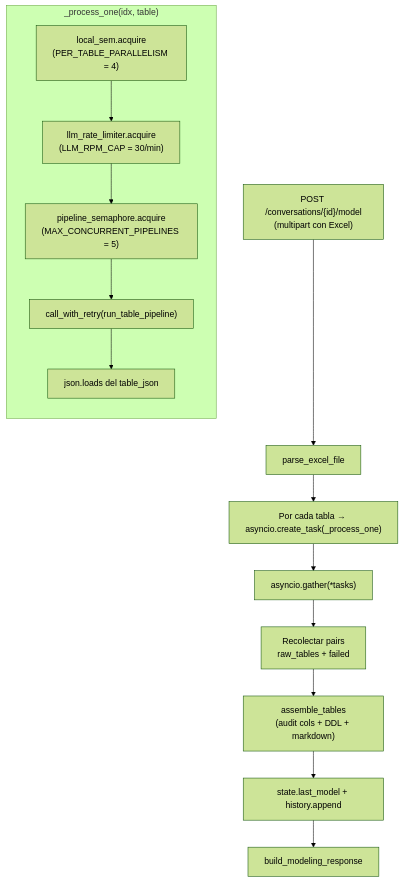
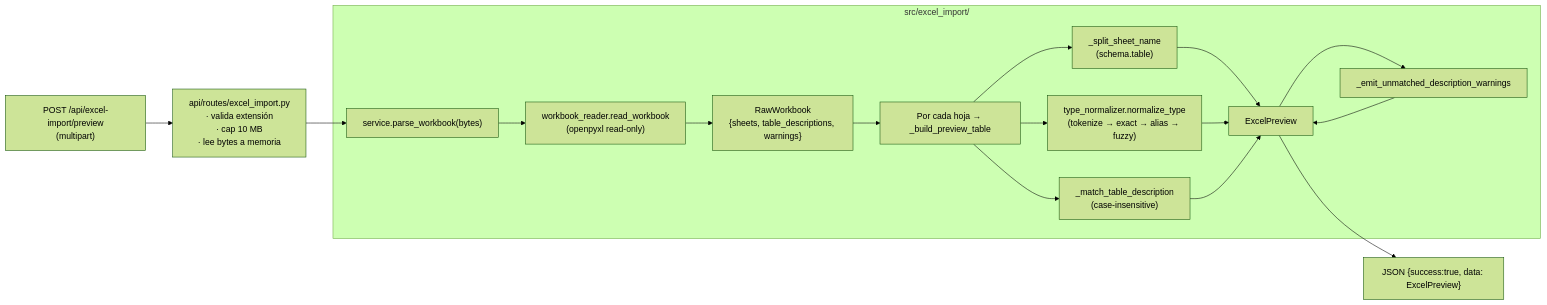
Before and after one commit to Carlosmps97/backend-data-model-hub: the first of 3 diagrams in doc/workflow.md, drawn with Mermaid (forest theme). The commit also changed other lines of this file and 15 other files, not shown here.

````diff
--- a/doc/workflow.md
+++ b/doc/workflow.md
@@ -177,21 +21,21 @@
 ```mermaid
-flowchart TD
-    REQ["POST /conversations/{id}/model<br/>(multipart con Excel)"] --> EX["parse_excel_file"]
-    EX --> SP["Por cada tabla → asyncio.create_task(_process_one)"]
-    SP --> GA["asyncio.gather(*tasks)"]
+flowchart LR
+    REQ["POST /api/excel-import/preview<br/>(multipart)"] --> VAL["api/routes/excel_import.py<br/>· valida extensión<br/>· cap 10 MB<br/>· lee bytes a memoria"]
+    VAL --> PARSE["service.parse_workbook(bytes)"]
 
-    subgraph PROC["_process_one(idx, table)"]
-        direction TB
-        L1["local_sem.acquire<br/>(PER_TABLE_PARALLELISM = 4)"]
-        L2["llm_rate_limiter.acquire<br/>(LLM_RPM_CAP = 30/min)"]
-        L3["pipeline_semaphore.acquire<br/>(MAX_CONCURRENT_PIPELINES = 5)"]
-        L4["call_with_retry(run_table_pipeline)"]
-        L5["json.loads del table_json"]
-        L1 --> L2 --> L3 --> L4 --> L5
+    subgraph PIPE["src/excel_import/"]
+        PARSE --> RD["workbook_reader.read_workbook<br/>(openpyxl read-only)"]
+        RD --> RAW["RawWorkbook<br/>{sheets, table_descriptions, warnings}"]
+        RAW --> BUILD["Por cada hoja → _build_preview_table"]
+        BUILD --> SPLIT["_split_sheet_name<br/>(schema.table)"]
+        BUILD --> NORM["type_normalizer.normalize_type<br/>(tokenize → exact → alias → fuzzy)"]
+        BUILD --> MATCH["_match_table_description<br/>(case-insensitive)"]
+        SPLIT --> EP["ExcelPreview"]
+        NORM --> EP
+        MATCH --> EP
+        EP --> WARN["_emit_unmatched_description_warnings"]
+        WARN --> EP
     end
 
-    GA --> COLLECT["Recolectar pairs<br/>raw_tables + failed"]
-    COLLECT --> AS["assemble_tables<br/>(audit cols + DDL + markdown)"]
-    AS --> PERSIST["state.last_model + history.append"]
-    PERSIST --> RES["build_modeling_response"]
+    EP --> RES["JSON {success:true, data: ExcelPreview}"]
 ```
````
